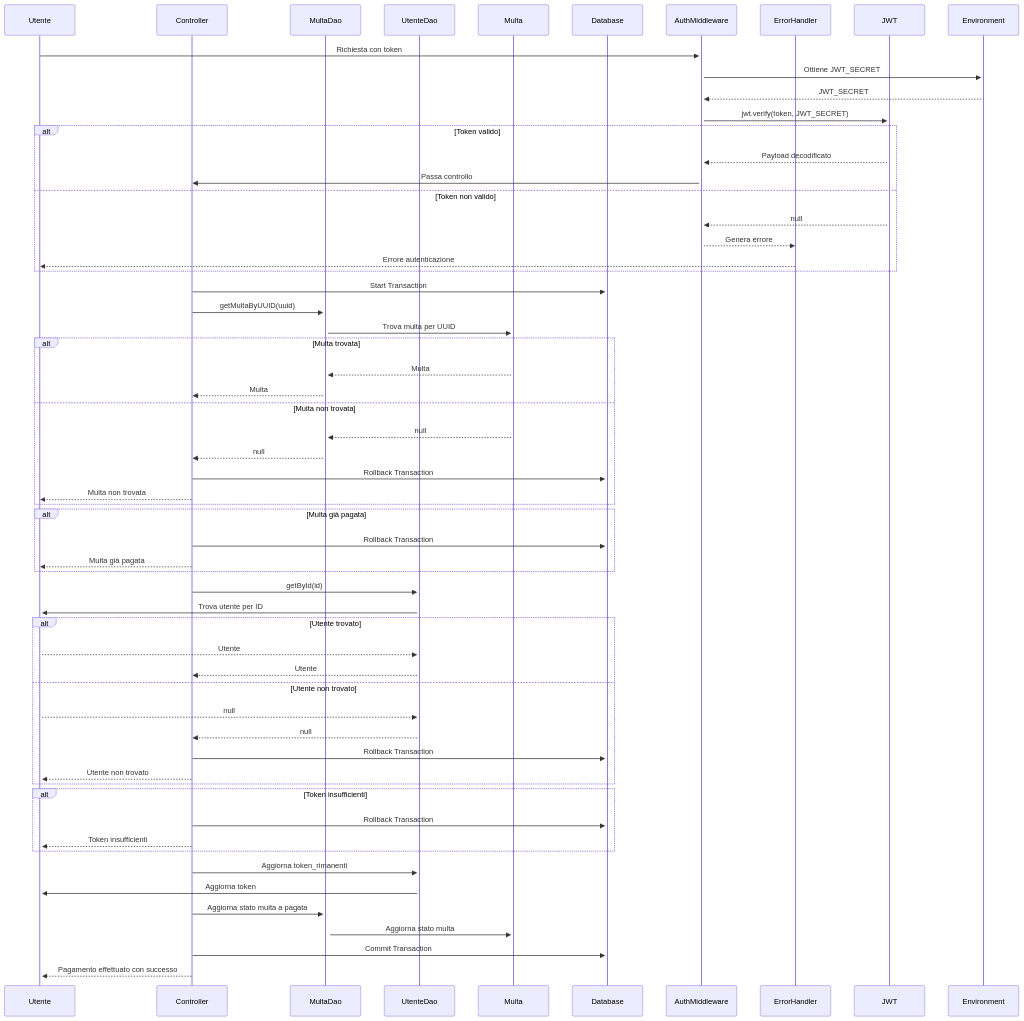
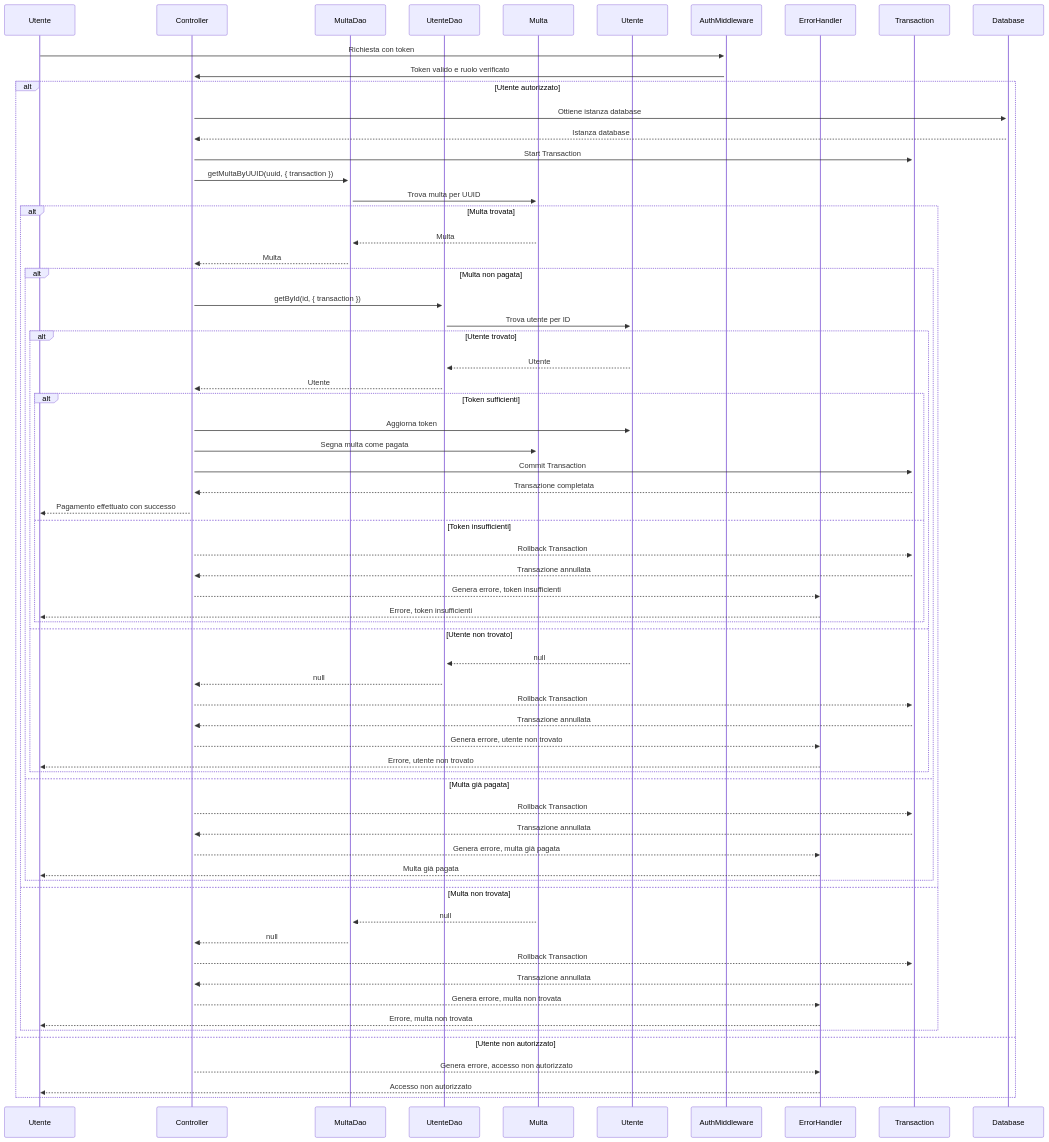
One commit to Arianna6400/Adv_Prog changed the eighth of 9 diagrams in README.md. Above: the diagram before and after it, drawn with Mermaid. The commit also changed other lines of this file, not shown here.

Commit message:
Update README.md
Aggiornamento diagrammi per backend-pagamenti

````diff
--- a/README.md
+++ b/README.md
@@ -426,63 +426,69 @@
 ```mermaid
 sequenceDiagram
     participant U as Utente
     participant C as Controller
     participant DAO_M as MultaDao
     participant DAO_U as UtenteDao
     participant M as Multa
-    participant DB as Database
+    participant UTE as Utente
     participant Auth as AuthMiddleware
     participant Err as ErrorHandler
-    participant JWT as JWT
-    participant ENV as Environment
+    participant TR as Transaction
+    participant DB as Database
 
     U->>+Auth: Richiesta con token
-    Auth->>+ENV: Ottiene JWT_SECRET
-    ENV-->>Auth: JWT_SECRET
-    Auth->>+JWT: jwt.verify(token, JWT_SECRET)
-    alt Token valido
-        JWT-->>Auth: Payload decodificato
-        Auth->>C: Passa controllo
-    else Token non valido
-        JWT-->>Auth: null
-        Auth-->>Err: Genera errore
-        Err-->>U: Errore autenticazione
+    Auth->>+C: Token valido e ruolo verificato
+    alt Utente autorizzato
+        C->>+DB: Ottiene istanza database
+        DB-->>C: Istanza database
+        C->>+TR: Start Transaction
+        C->>+DAO_M: getMultaByUUID(uuid, { transaction })
+        DAO_M->>+M: Trova multa per UUID
+        alt Multa trovata
+            M-->>DAO_M: Multa
+            DAO_M-->>C: Multa
+            alt Multa non pagata
+                C->>+DAO_U: getById(id, { transaction })
+                DAO_U->>+UTE: Trova utente per ID
+                alt Utente trovato
+                    UTE-->>DAO_U: Utente
+                    DAO_U-->>C: Utente
+                    alt Token sufficienti
+                        C->>UTE: Aggiorna token
+                        C->>M: Segna multa come pagata
+                        C->>+TR: Commit Transaction
+                        TR-->>C: Transazione completata
+                        C-->>U: Pagamento effettuato con successo
+                    else Token insufficienti
+                        C-->>TR: Rollback Transaction
+                        TR-->>C: Transazione annullata
+                        C-->>Err: Genera errore, token insufficienti
+                        Err-->>U: Errore, token insufficienti
+                    end
+                else Utente non trovato
+                    UTE-->>DAO_U: null
+                    DAO_U-->>C: null
+                    C-->>TR: Rollback Transaction
+                    TR-->>C: Transazione annullata
+                    C-->>Err: Genera errore, utente non trovato
+                    Err-->>U: Errore, utente non trovato
+                end
+            else Multa già pagata
+                C-->>TR: Rollback Transaction
+                TR-->>C: Transazione annullata
+                C-->>Err: Genera errore, multa già pagata
+                Err-->>U: Multa già pagata
+            end
+        else Multa non trovata
+            M-->>DAO_M: null
+            DAO_M-->>C: null
+            C-->>TR: Rollback Transaction
+            TR-->>C: Transazione annullata
+            C-->>Err: Genera errore, multa non trovata
+            Err-->>U: Errore, multa non trovata
+        end
+    else Utente non autorizzato
+        C-->>Err: Genera errore, accesso non autorizzato
+        Err-->>U: Accesso non autorizzato
     end
-    C->>+DB: Start Transaction
-    C->>+DAO_M: getMultaByUUID(uuid)
-    DAO_M->>+M: Trova multa per UUID
-    alt Multa trovata
-        M-->>DAO_M: Multa
-        DAO_M-->>C: Multa
-    else Multa non trovata
-        M-->>DAO_M: null
-        DAO_M-->>C: null
-        C->>DB: Rollback Transaction
-        C-->>U: Multa non trovata
-    end
-    alt Multa già pagata
-        C->>DB: Rollback Transaction
-        C-->>U: Multa già pagata
-    end
-    C->>+DAO_U: getById(id)
-    DAO_U->>+U: Trova utente per ID
-    alt Utente trovato
-        U-->>DAO_U: Utente
-        DAO_U-->>C: Utente
-    else Utente non trovato
-        U-->>DAO_U: null
-        DAO_U-->>C: null
-        C->>DB: Rollback Transaction
-        C-->>U: Utente non trovato
-    end
-    alt Token insufficienti
-        C->>DB: Rollback Transaction
-        C-->>U: Token insufficienti
-    end
-    C->>+DAO_U: Aggiorna token_rimanenti
-    DAO_U->>U: Aggiorna token
-    C->>+DAO_M: Aggiorna stato multa a pagata
-    DAO_M->>M: Aggiorna stato multa
-    C->>DB: Commit Transaction
-    C-->>U: Pagamento effettuato con successo
 ```
````
